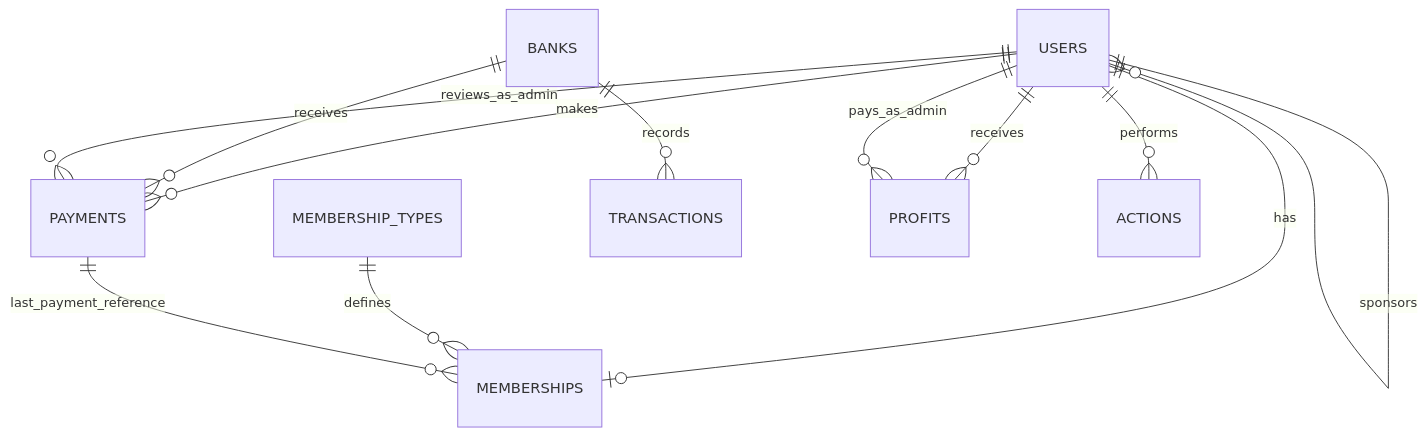
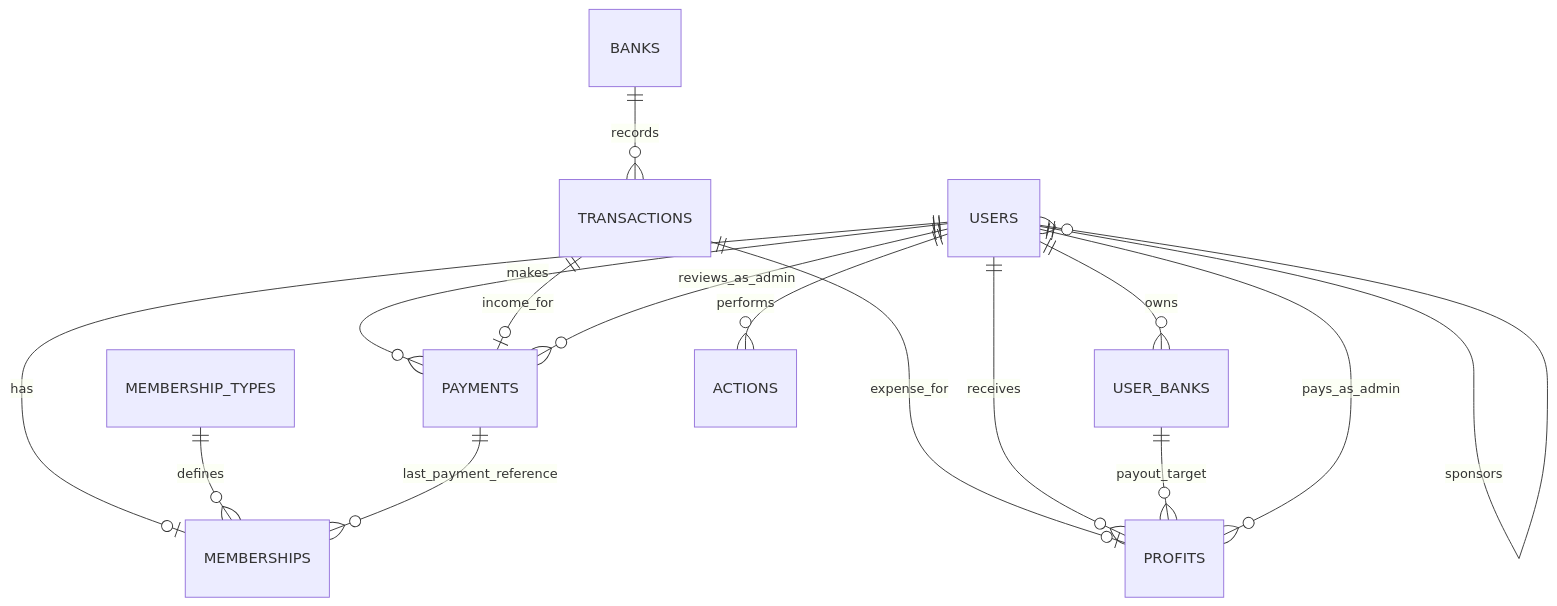
Before and after one commit to Pablin712/Afiliados: the diagram in docs/der_final.md, drawn with Mermaid. The commit also changed other lines of this file and 3 other files, not shown here.

````diff
--- a/docs/der_final.md
+++ b/docs/der_final.md
@@ -5,17 +5,20 @@
 ```mermaid
 erDiagram
     USERS ||--o| MEMBERSHIPS : has
     MEMBERSHIP_TYPES ||--o{ MEMBERSHIPS : defines
     USERS ||--o{ USERS : sponsors
 
     USERS ||--o{ PAYMENTS : makes
-    BANKS ||--o{ PAYMENTS : receives
+    USERS ||--o{ USER_BANKS : owns
     BANKS ||--o{ TRANSACTIONS : records
+    TRANSACTIONS ||--o| PAYMENTS : income_for
+    TRANSACTIONS ||--o| PROFITS : expense_for
 
     USERS ||--o{ PROFITS : receives
+    USER_BANKS ||--o{ PROFITS : payout_target
     USERS ||--o{ ACTIONS : performs
 
     PAYMENTS ||--o{ MEMBERSHIPS : last_payment_reference
     USERS ||--o{ PAYMENTS : reviews_as_admin
     USERS ||--o{ PROFITS : pays_as_admin
 ```
````
